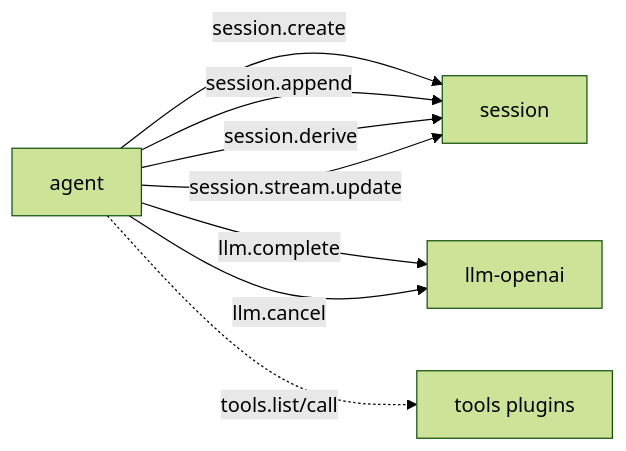
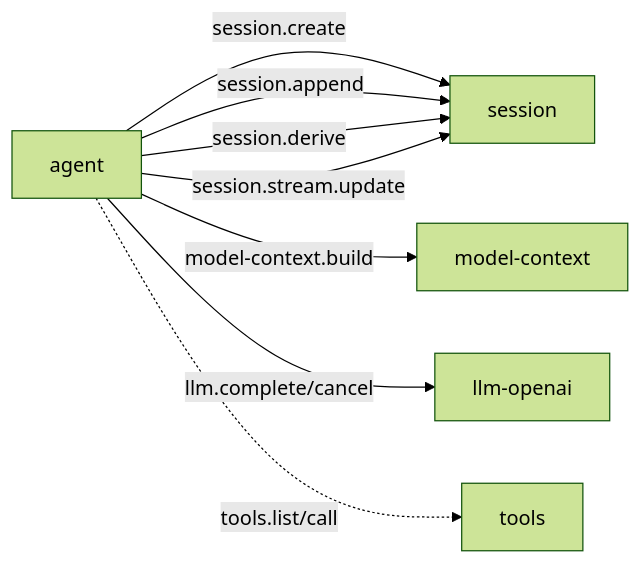
The diagram in plugins/agent/communication.md (Alphazer01214/my-go-lite-agent), drawn with Mermaid (forest theme) before and after one commit. The commit also changed other lines of this file and 87 other files, not shown here.

````diff
--- a/plugins/agent/communication.md
+++ b/plugins/agent/communication.md
@@ -106,10 +114,10 @@
 ```mermaid
 flowchart LR
     A[agent] -->|session.create| S[session]
     A -->|session.append| S
     A -->|session.derive| S
     A -->|session.stream.update| S
-    A -->|llm.complete| L
-  A -->|llm.cancel| L[llm-openai]
-    A -.->|tools.list/call| T[tools plugins]
+    A -->|model-context.build| M[model-context]
+    A -->|llm.complete/cancel| L[llm-openai]
+    A -.->|tools.list/call| T[tools]
 ```
````
